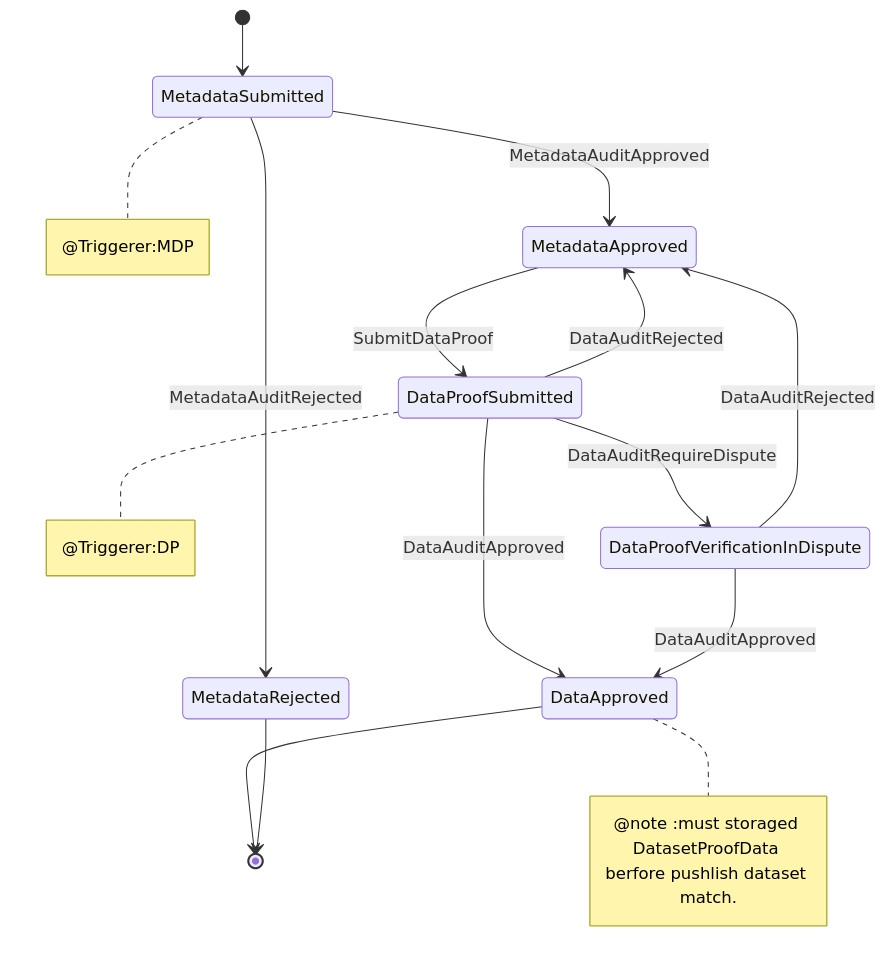
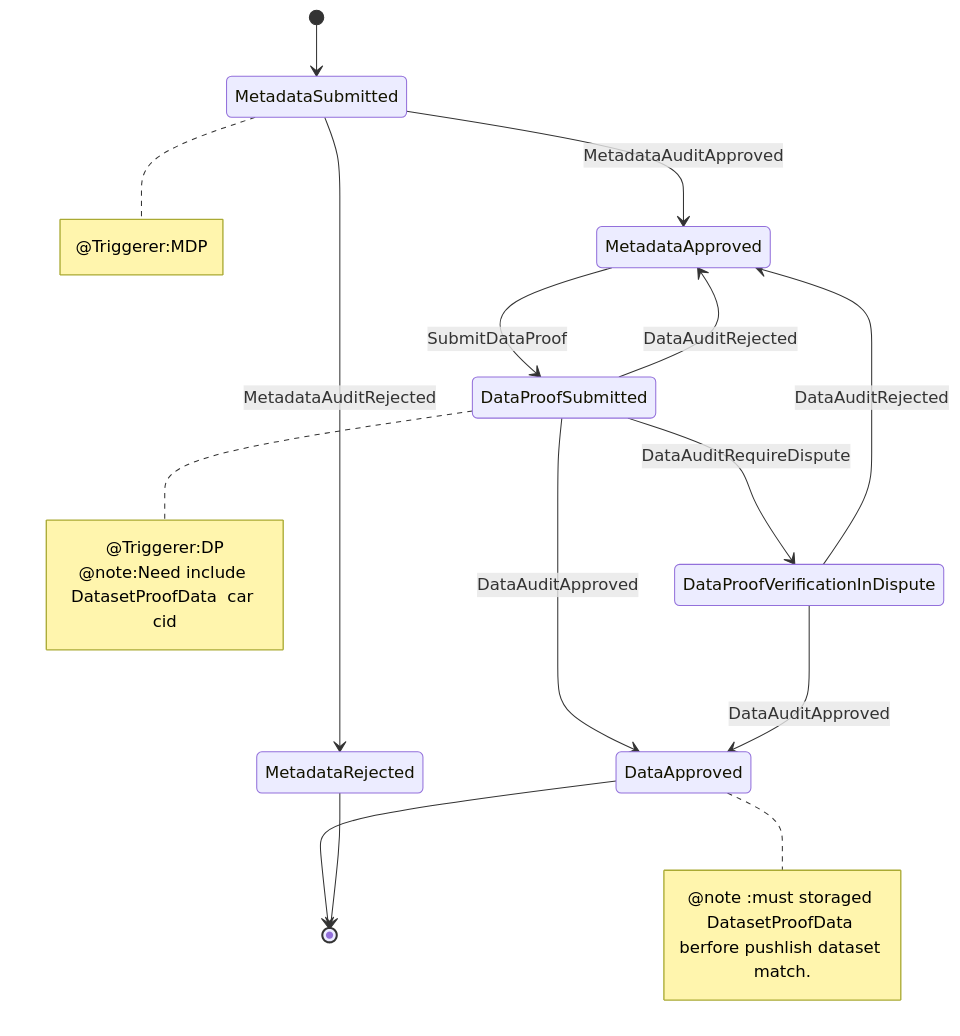
The first of 4 diagrams in systems/README.md (dataswap/specs), drawn with Mermaid before and after one commit.

````diff
--- a/systems/README.md
+++ b/systems/README.md
@@ -74,24 +74,25 @@
 ```mermaid
 stateDiagram
     [*] --> MetadataSubmitted
     MetadataSubmitted --> MetadataApproved:MetadataAuditApproved
     MetadataSubmitted --> MetadataRejected:MetadataAuditRejected
     MetadataApproved --> DataProofSubmitted:SubmitDataProof
     DataProofSubmitted --> DataApproved:DataAuditApproved
     DataProofSubmitted --> MetadataApproved:DataAuditRejected
     DataProofSubmitted --> DataProofVerificationInDispute:DataAuditRequireDispute
     DataProofVerificationInDispute --> DataApproved:DataAuditApproved
     DataProofVerificationInDispute --> MetadataApproved:DataAuditRejected
     DataApproved -->[*]
     MetadataRejected -->[*]
 
     note right of MetadataSubmitted
       @Triggerer:MDP
     end note
     note right of DataProofSubmitted
       @Triggerer:DP
+      @note:Need include DatasetProofData  car cid
     end note
     note right of DataApproved
       @note :must storaged DatasetProofData berfore pushlish dataset match.
     end note
 ```
````
